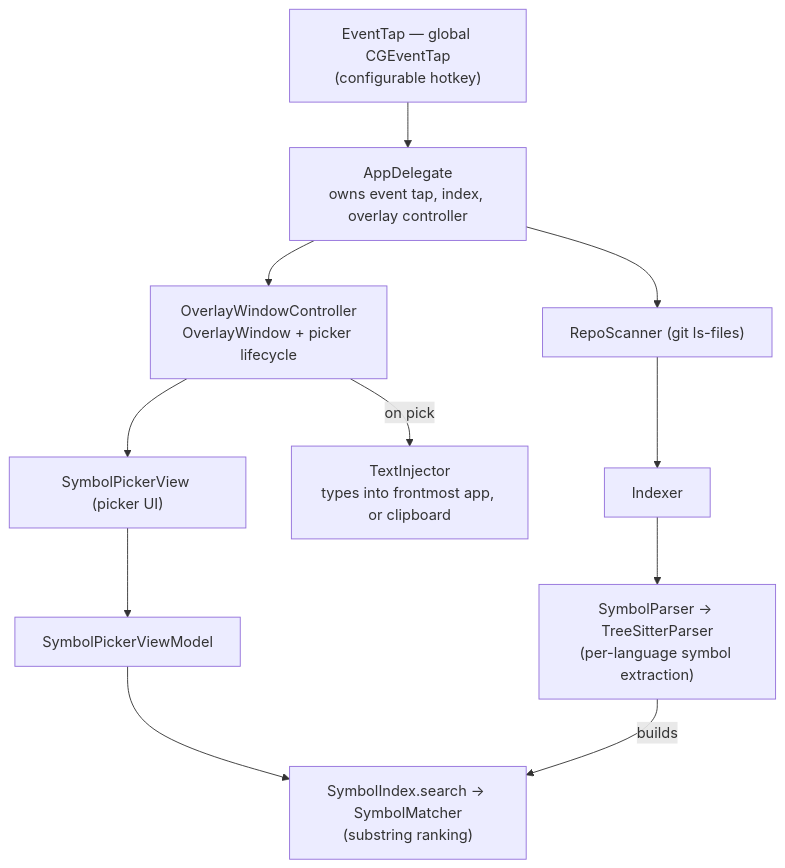
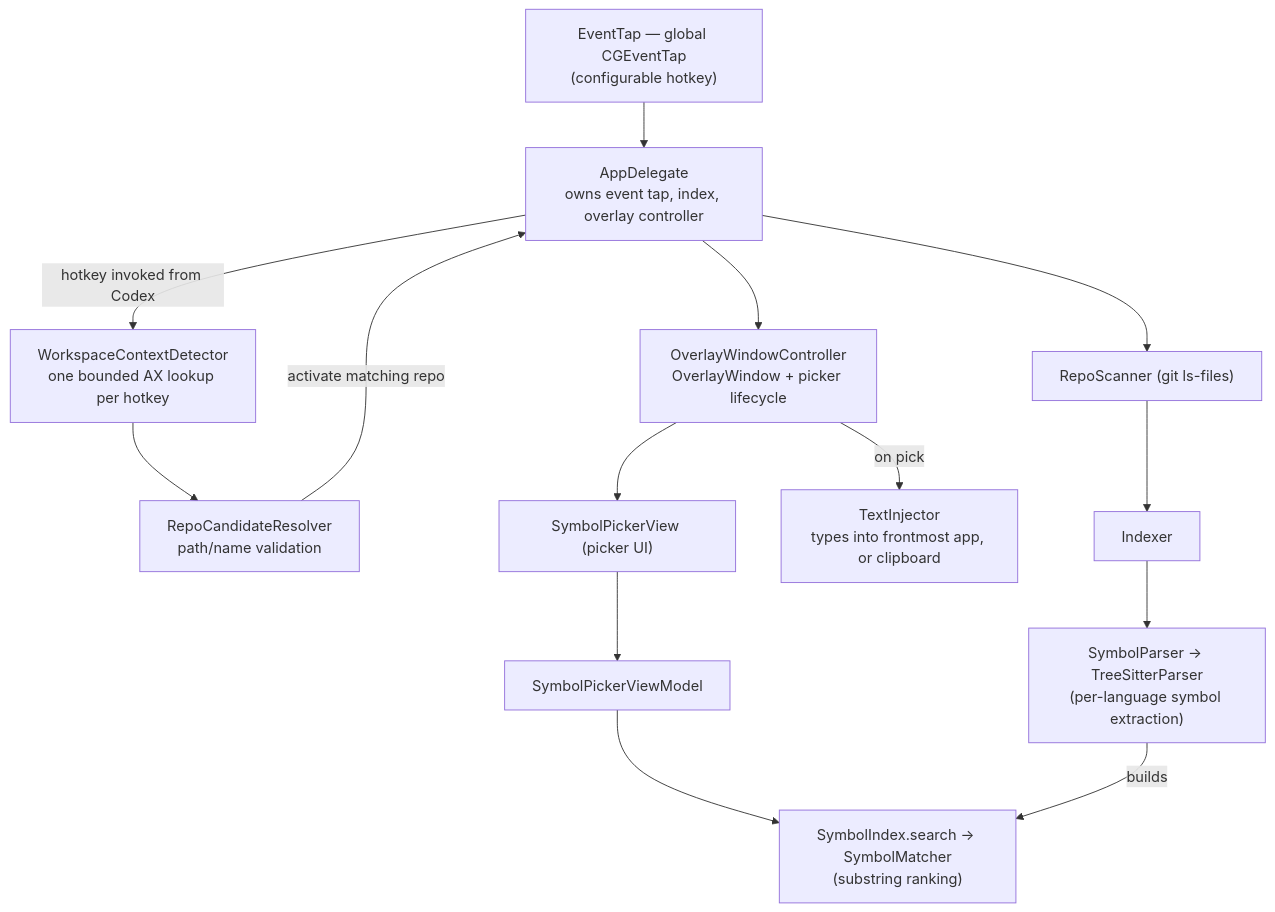
The diagram in README.md (one-melange/symbol-scan), drawn with Mermaid before and after one commit. The commit also changed other lines of this file and 16 other files, not shown here.

````diff
--- a/README.md
+++ b/README.md
@@ -101,23 +108,26 @@
 ```mermaid
 flowchart TD
     Trigger["EventTap — global CGEventTap<br/>(configurable hotkey)"]
     App["AppDelegate<br/>owns event tap, index, overlay controller"]
+    Context["WorkspaceContextDetector<br/>one bounded AX lookup per hotkey"]
+    Resolver["RepoCandidateResolver<br/>path/name validation"]
     OWC["OverlayWindowController<br/>OverlayWindow + picker lifecycle"]
     View["SymbolPickerView (picker UI)"]
     VM["SymbolPickerViewModel"]
     Index["SymbolIndex.search → SymbolMatcher<br/>(substring ranking)"]
     Injector["TextInjector<br/>types into frontmost app, or clipboard"]
 
     Scanner["RepoScanner (git ls-files)"]
     Indexer["Indexer"]
     Parser["SymbolParser → TreeSitterParser<br/>(per-language symbol extraction)"]
 
     Trigger --> App
+    App -->|hotkey invoked from Codex| Context --> Resolver -->|activate matching repo| App
     App --> OWC
     OWC --> View --> VM --> Index
     OWC -->|on pick| Injector
 
     App --> Scanner
     Scanner --> Indexer --> Parser
     Parser -->|builds| Index
 ```
````
